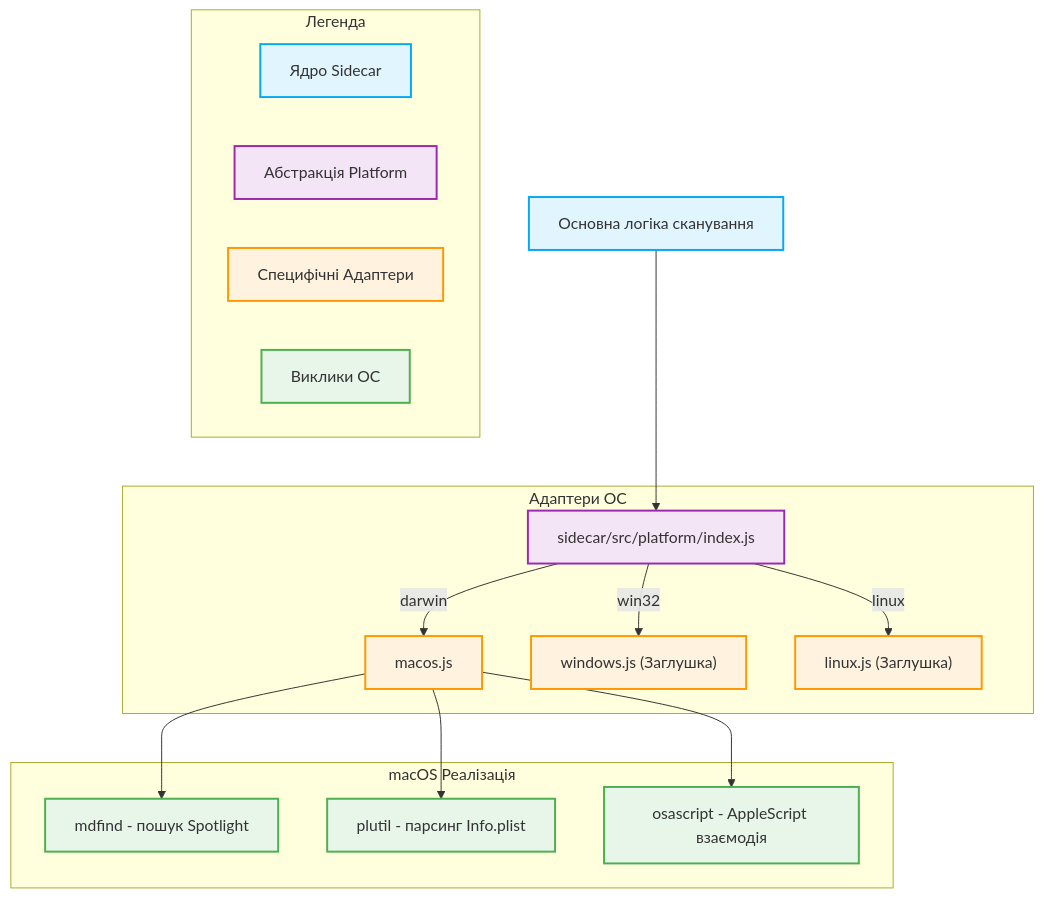
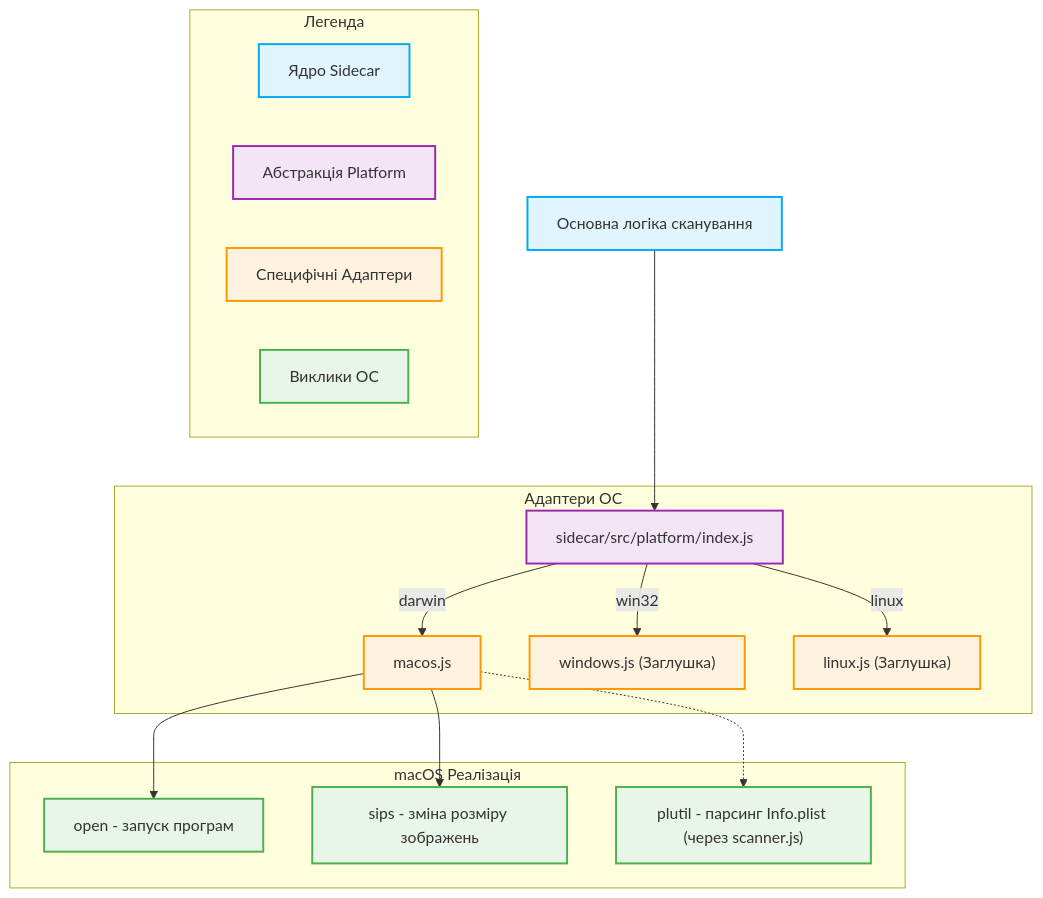
Before and after one commit to AndriiPichkorskyi/klubok-local-rag: the diagram in docs/audit/adapters.mmd, drawn with Mermaid. The commit also changed 7 other files, not shown here.

First line of the commit message:
docs: update architecture diagrams and benchmark conclusions

```diff
--- a/docs/audit/adapters.mmd
+++ b/docs/audit/adapters.mmd
@@ -1,33 +1,33 @@
 graph TD
     subgraph Legend [Легенда]
         direction LR
         L1[Ядро Sidecar]
         L2[Абстракція Platform]
         L3[Специфічні Адаптери]
         L4[Виклики ОС]
     end
 
     Sidecar[Основна логіка сканування] --> Platform[sidecar/src/platform/index.js]
     
     subgraph PlatformLayer [Адаптери ОС]
         Platform -- "darwin" --> Mac[macos.js]
         Platform -- "win32" --> Win["windows.js (Заглушка)"]
         Platform -- "linux" --> Lin["linux.js (Заглушка)"]
     end
     
     subgraph MacOS [macOS Реалізація]
-        Mac --> Mdfind[mdfind - пошук Spotlight]
-        Mac --> Plutil[plutil - парсинг Info.plist]
-        Mac --> OsaScript[osascript - AppleScript взаємодія]
+        Mac --> Open[open - запуск програм]
+        Mac --> Sips[sips - зміна розміру зображень]
+        Mac -.-> Plutil["plutil - парсинг Info.plist (через scanner.js)"]
     end
     
     classDef core fill:#e1f5fe,stroke:#03a9f4,stroke-width:2px;
     classDef abstract fill:#f3e5f5,stroke:#9c27b0,stroke-width:2px;
     classDef adapter fill:#fff3e0,stroke:#ff9800,stroke-width:2px;
     classDef os fill:#e8f5e9,stroke:#4caf50,stroke-width:2px;
 
     class Sidecar,L1 core;
     class Platform,L2 abstract;
     class Mac,Win,Lin,L3 adapter;
-    class Mdfind,Plutil,OsaScript,L4 os;
+    class Open,Sips,Plutil,L4 os;
     classDef default color:#333333;
```
